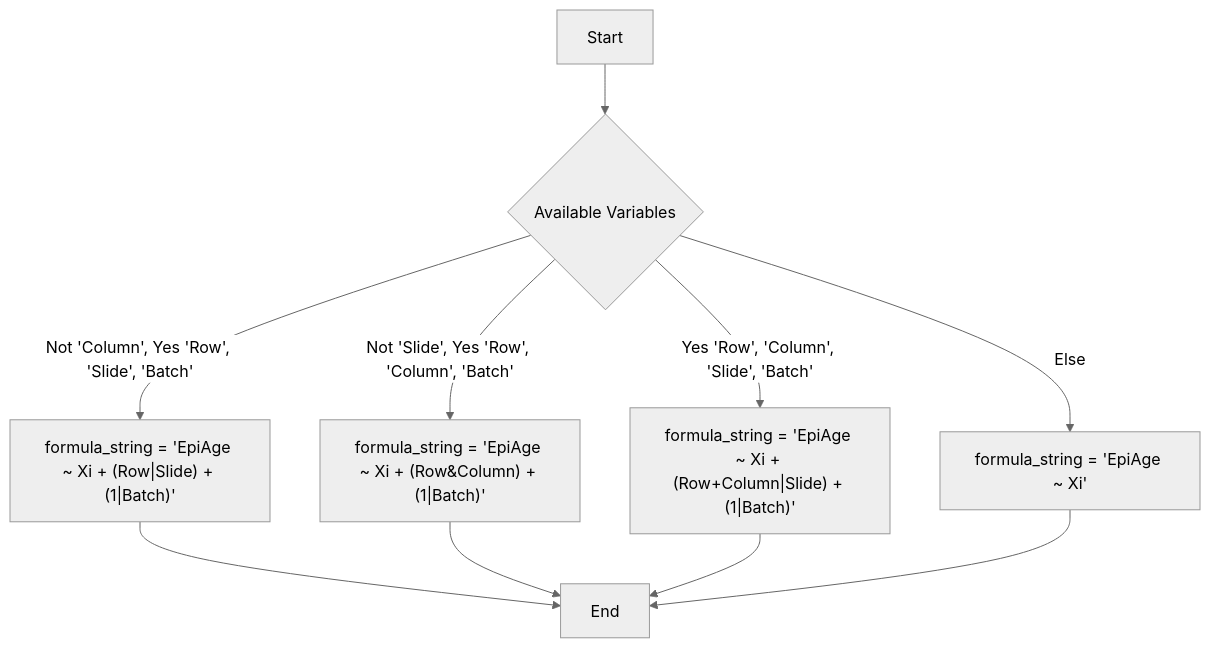
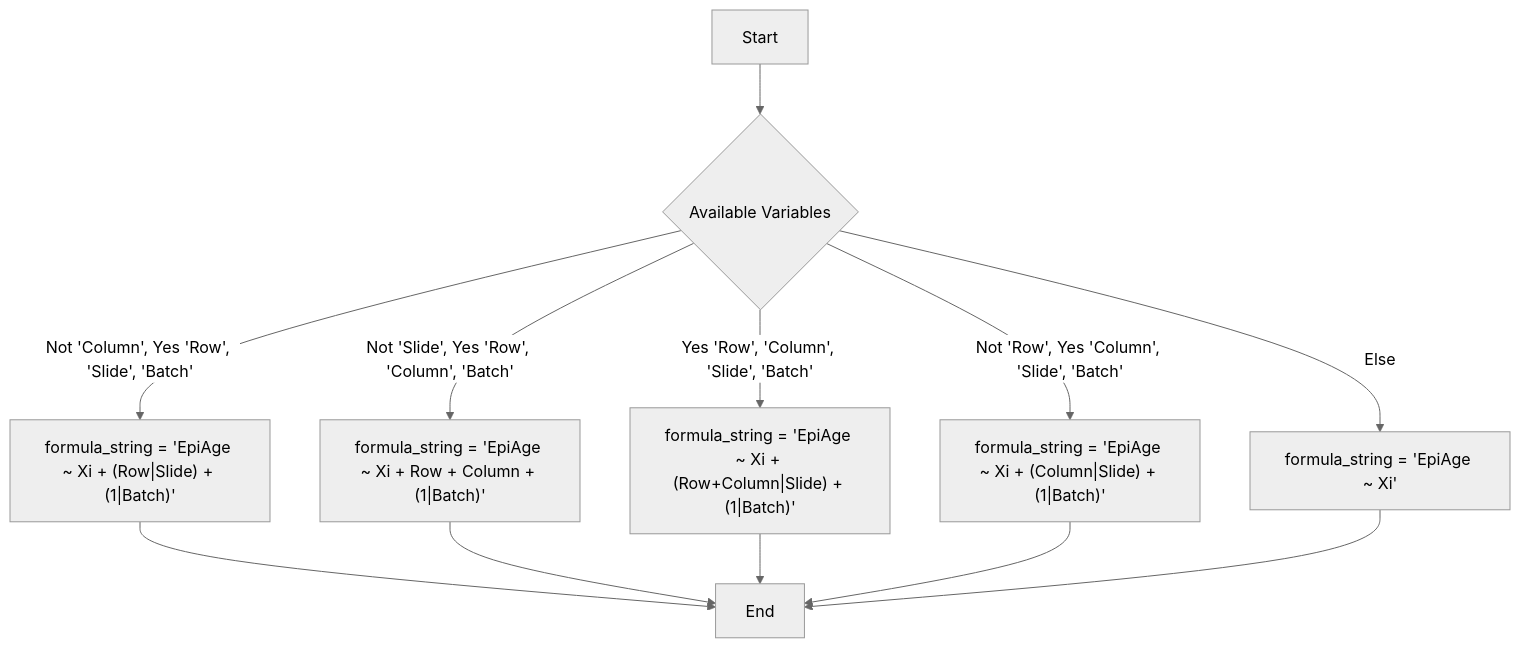
Before and after one commit to CastellaniLab/EpigeneticAgePipeline: the diagram in README.md, drawn with Mermaid (neutral theme). The commit also changed 1 other file, not shown here.

````diff
--- a/README.md
+++ b/README.md
@@ -123,20 +123,23 @@
 ```mermaid
 graph TD
     A["Start"]
     B{"Available Variables"}
     C["formula_string = 'EpiAge ~ Xi + (Row|Slide) + (1|Batch)'"]
-    D["formula_string = 'EpiAge ~ Xi + (Row&Column) + (1|Batch)'"]
+    D["formula_string = 'EpiAge ~ Xi + Row + Column + (1|Batch)'"]
     E["formula_string = 'EpiAge ~ Xi + (Row+Column|Slide) + (1|Batch)'"]
-    F["formula_string = 'EpiAge ~ Xi'"]
-    G["End"]
+    F["formula_string = 'EpiAge ~ Xi + (Column|Slide) + (1|Batch)'"]
+    G["formula_string = 'EpiAge ~ Xi'"]
+    H["End"]
  
     A --> B
     B -->|Not 'Column', Yes 'Row', 'Slide', 'Batch'| C
     B -->|Not 'Slide', Yes 'Row', 'Column', 'Batch'| D
     B -->|Yes 'Row', 'Column', 'Slide', 'Batch'| E
-    B -->|Else| F
-    C --> G
-    D --> G
-    E --> G
-    F --> G
+    B -->|Not 'Row', Yes 'Column', 'Slide', 'Batch'| F
+    B -->|Else| G
+    C --> H
+    D --> H
+    E --> H
+    F --> H
+    G --> H
 ```
````
